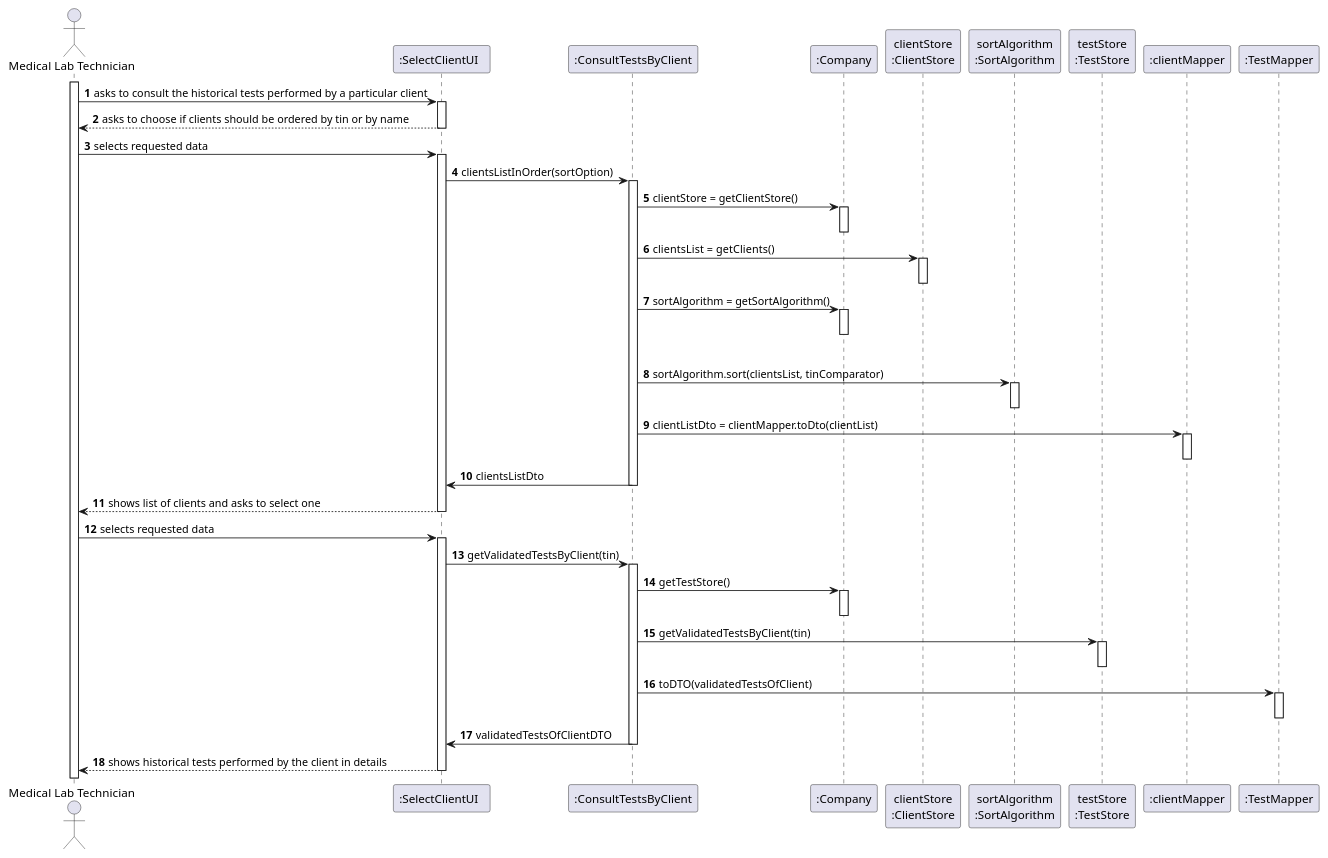
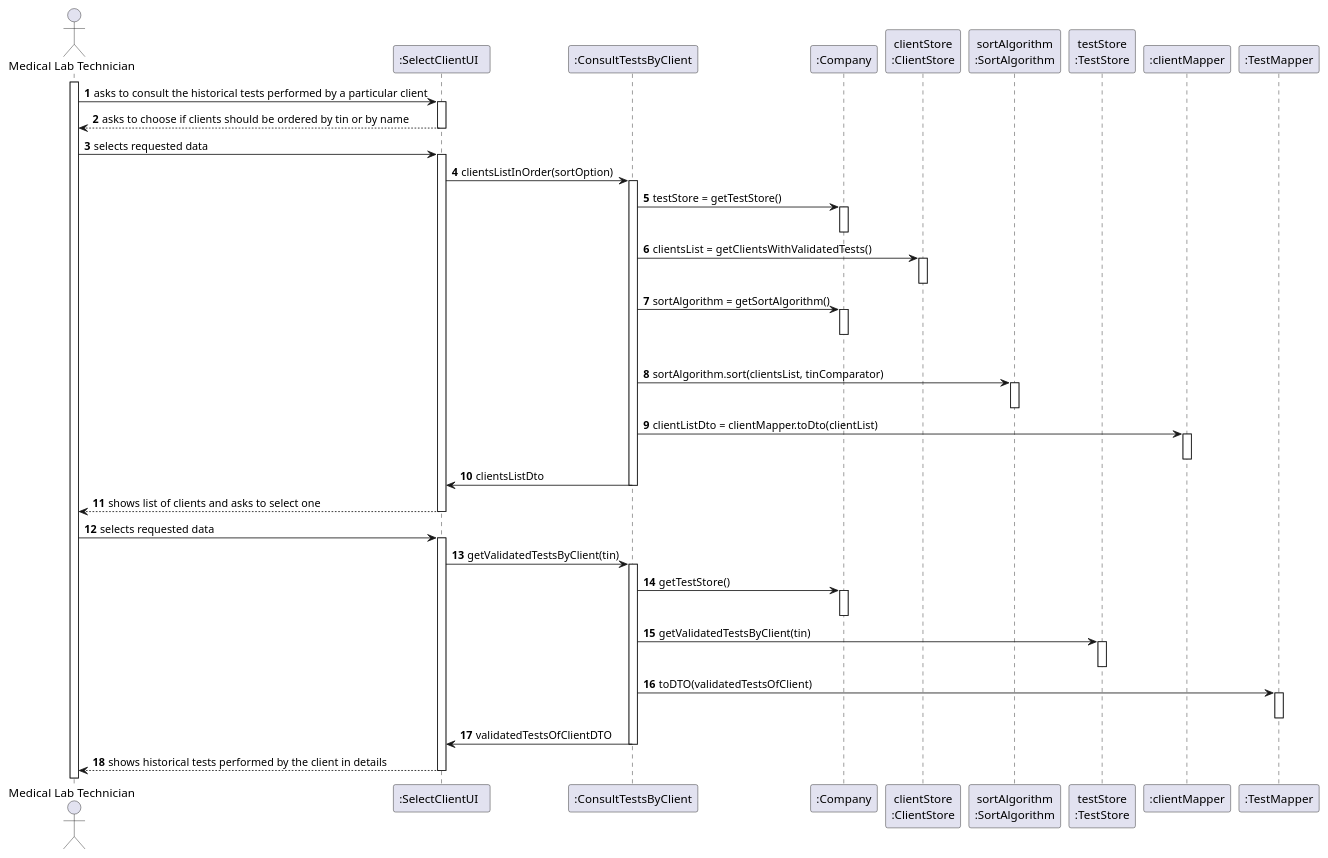
One commit to ana-albergaria/LAPR2-ISEP changed the diagram in docs/SprintD/US_13/US13_SD.puml. Above: the diagram before and after it, drawn with PlantUML. The commit also changed 6 other files, not shown here.

Commit message:
adding fixed code of us13 controller and testStore

```diff
--- a/docs/SprintD/US_13/US13_SD.puml
+++ b/docs/SprintD/US_13/US13_SD.puml
@@ -1,92 +1,92 @@
 @startuml
 
 autonumber
 
 actor "Medical Lab Technician" as MLT
 
 participant ":SelectClientUI  " as UI
 participant ":ConsultTestsByClient" as CTRL
 participant ":Company" as COMPANY
 participant "clientStore\n:ClientStore" as CLIENT_STORE
 participant "sortAlgorithm\n:SortAlgorithm" as SORTA
 participant "testStore\n:TestStore" as TEST_STORE
 participant ":clientMapper" as CLIENT_MAPPER
 participant ":TestMapper" as TEST_MAPPER
 
 
 activate MLT
 MLT -> UI : asks to consult the historical tests performed by a particular client
 activate UI
 
 UI --> MLT : asks to choose if clients should be ordered by tin or by name
 deactivate UI
 
 
 MLT -> UI : selects requested data
 activate UI
 UI -> CTRL : clientsListInOrder(sortOption)
 activate CTRL
 
-CTRL -> COMPANY : clientStore = getClientStore()
+CTRL -> COMPANY : testStore = getTestStore()
 activate COMPANY
 deactivate COMPANY
 
-CTRL -> CLIENT_STORE : clientsList  = getClients()
+CTRL -> CLIENT_STORE : clientsList  = getClientsWithValidatedTests()
 activate CLIENT_STORE
 deactivate CLIENT_STORE
 
 CTRL -> COMPANY : sortAlgorithm = getSortAlgorithm()
 activate COMPANY
 deactivate COMPANY
 
 alt sortOption is tin
 CTRL -> SORTA : sortAlgorithm.sort(clientsList, tinComparator)
 activate SORTA
 deactivate SORTA
 
 
 CTRL -> CLIENT_MAPPER : clientListDto = clientMapper.toDto(clientList)
 activate CLIENT_MAPPER
 deactivate CLIENT_MAPPER
 
 CTRL -> UI : clientsListDto
 
 deactivate CTRL
 
 
 UI --> MLT : shows list of clients and asks to select one
 deactivate UI
 
 MLT -> UI : selects requested data
 activate UI
 
 
 UI -> CTRL : getValidatedTestsByClient(tin)
 activate CTRL
 
 CTRL -> COMPANY : getTestStore()
 activate COMPANY
 deactivate COMPANY
 
 CTRL -> TEST_STORE : getValidatedTestsByClient(tin)
 activate TEST_STORE
 deactivate TEST_STORE
 
 CTRL -> TEST_MAPPER : toDTO(validatedTestsOfClient)
 activate TEST_MAPPER
 deactivate TEST_MAPPER
 
 CTRL -> UI : validatedTestsOfClientDTO
 deactivate CTRL
 
 
 UI --> MLT : shows historical tests performed by the client in details
 deactivate UI
 
 
 /'colocar requests confirmation
 e confirms the data em cima'/
 
 
 
 @enduml
```
